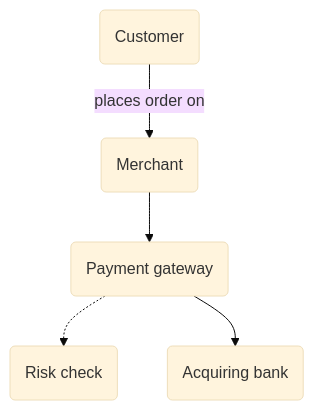
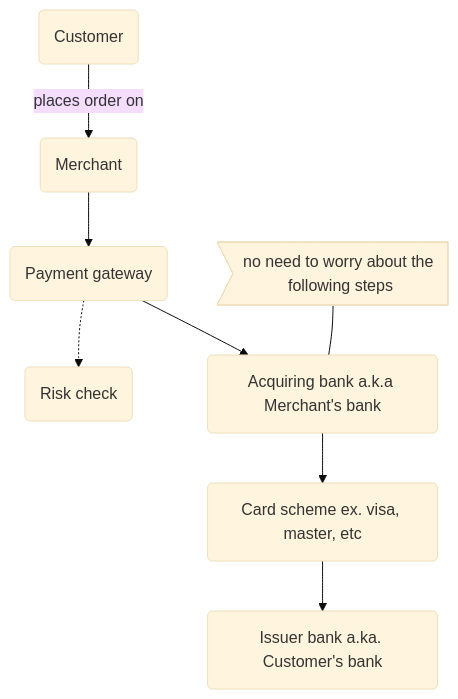
The diagram in README.md (Isuru2701/payment-service), drawn with Mermaid (base theme) before and after one commit.

Commit message:
revised readme.md

````diff
--- a/README.md
+++ b/README.md
@@ -10,6 +10,10 @@
 ```mermaid
 graph TD
     A(Customer) -->|places order on| B(Merchant)
     B --> C(Payment gateway) -.-> D(Risk check)
-    C --> E(Acquiring bank)
+    note>no need to worry about the following steps] --- E
+    C --> E(Acquiring bank a.k.a Merchant's bank)
+    E --> F(Card scheme ex. visa, master, etc)
+    F --> G(Issuer bank a.ka. Customer's bank)
+    
 ```
````
